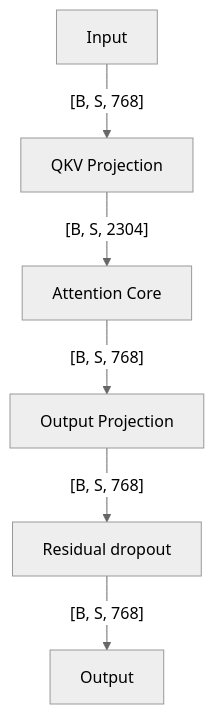
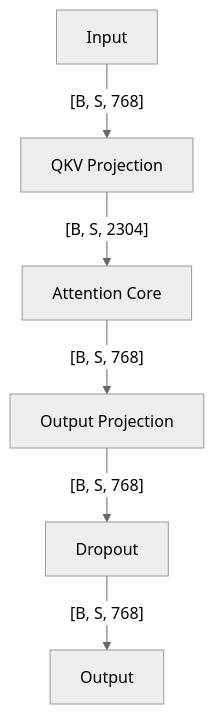
Before and after one commit to pranavsinghpatil/model-anatomy: the diagram in output/gpt2/attention.mmd, drawn with Mermaid (neutral theme). The commit also changed 27 other files, not shown here.

```diff
--- a/output/gpt2/attention.mmd
+++ b/output/gpt2/attention.mmd
@@ -1,12 +1,12 @@
 flowchart TD
     n0["Input"]
     n1["QKV Projection"]
     n2["Attention Core"]
     n3["Output Projection"]
-    n4["Residual dropout"]
+    n4["Dropout"]
     n5["Output"]
     n0 -->|"[B, S, 768]"| n1
     n1 -->|"[B, S, 2304]"| n2
     n2 -->|"[B, S, 768]"| n3
     n3 -->|"[B, S, 768]"| n4
     n4 -->|"[B, S, 768]"| n5
```
